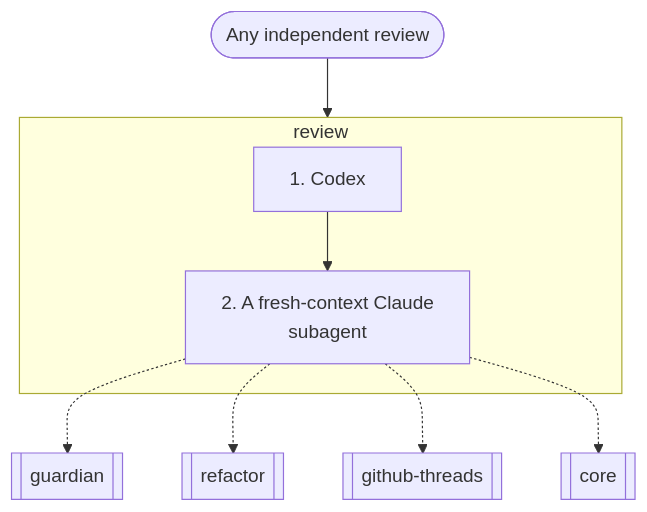
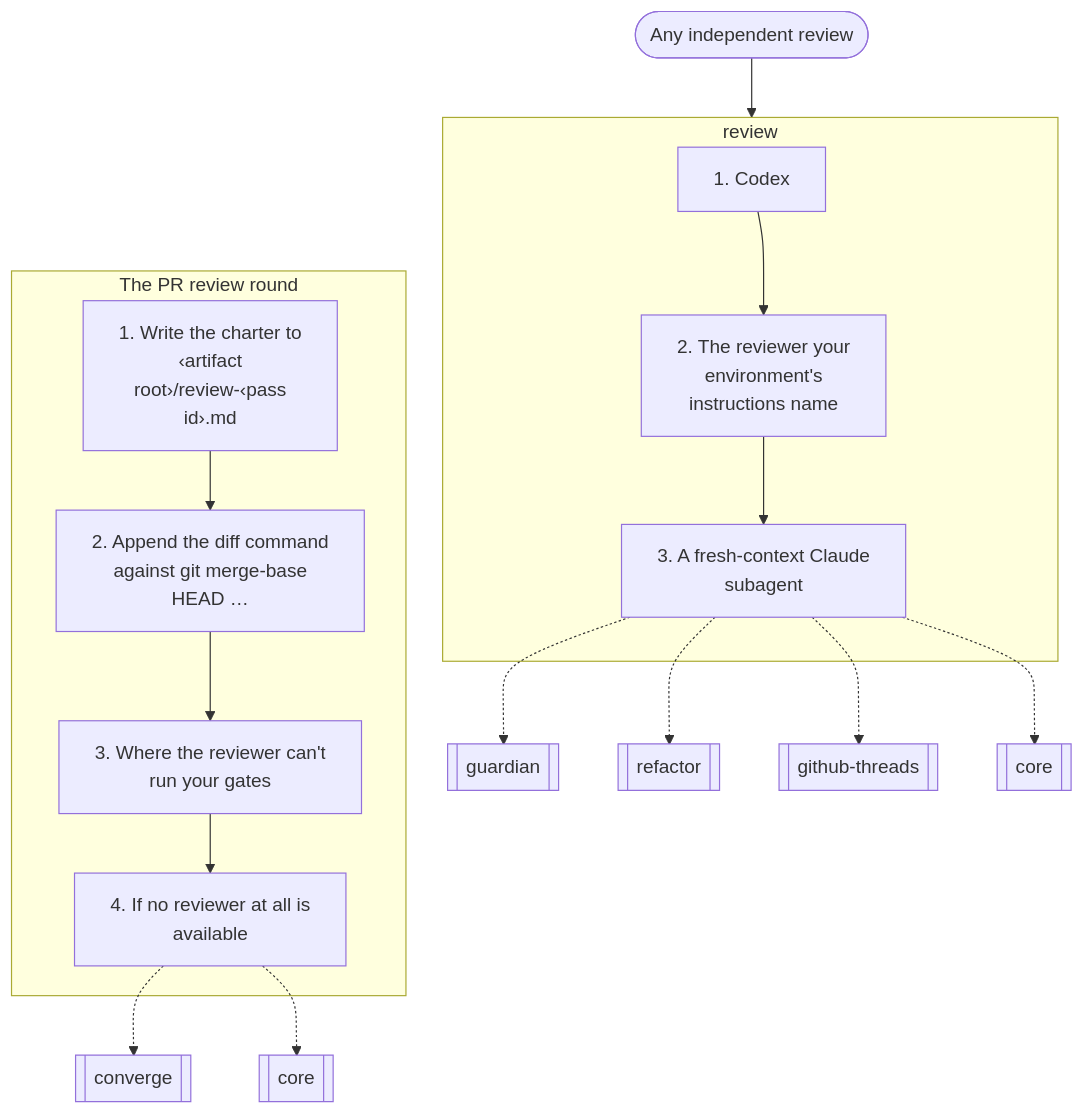
One commit to nitedani/mergeworthy changed diagram 12 of 14 in docs/graphs.md. Above: the diagram before and after it, drawn with Mermaid. The commit also changed other lines of this file and 16 other files, not shown here.

````diff
--- a/docs/graphs.md
+++ b/docs/graphs.md
@@ -285,14 +312,28 @@
 ```mermaid
 flowchart TB
   start(["Any independent review"])
   subgraph g0["review"]
     s0["1. Codex"]
-    s1["2. A fresh-context Claude<br/>subagent"]
+    s1["2. The reviewer your<br/>environment's<br/>instructions name"]
     s0 --> s1
+    s2["3. A fresh-context Claude<br/>subagent"]
+    s1 --> s2
   end
-  s1 -.-> r1[["guardian"]]
-  s1 -.-> r2[["refactor"]]
-  s1 -.-> r3[["github-threads"]]
-  s1 -.-> r4[["core"]]
+  s2 -.-> r1[["guardian"]]
+  s2 -.-> r2[["refactor"]]
+  s2 -.-> r3[["github-threads"]]
+  s2 -.-> r4[["core"]]
+  subgraph g1["The PR review round"]
+    s3["1. Write the charter to<br/>‹artifact<br/>root›/review-‹pass<br/>id›.md"]
+    s4["2. Append the diff command<br/>against git merge-base<br/>HEAD …"]
+    s3 --> s4
+    s5["3. Where the reviewer can't<br/>run your gates"]
+    s4 --> s5
+    s6["4. If no reviewer at all is<br/>available"]
+    s5 --> s6
+  end
+  s6 -.-> r5[["converge"]]
+  s6 -.-> r6[["core"]]
   start --> g0
+  g0 ~~~ g1
 ```
````
